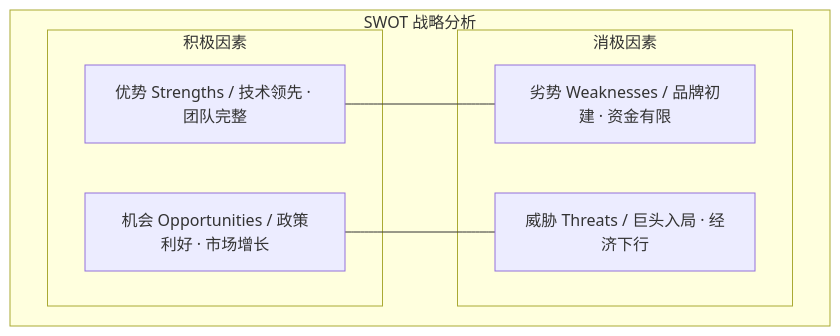
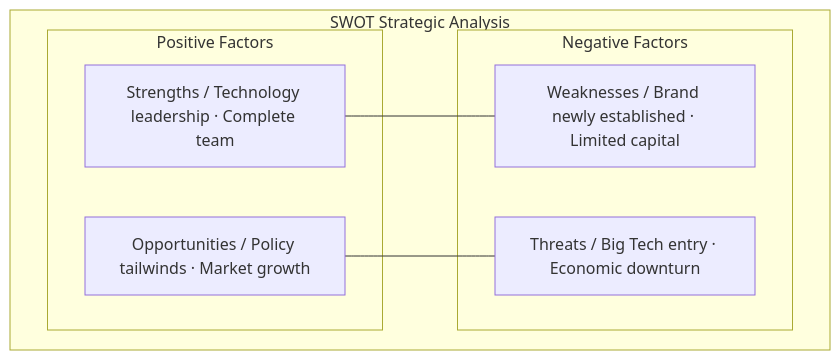
One commit to Kirky-X/cangjie changed the tenth of 10 diagrams in templates/【模板】商业计划书.md. Above: the diagram before and after it, drawn with Mermaid. The commit also changed other lines of this file and 12 other files, not shown here.

````diff
--- a/templates/【模板】商业计划书.md
+++ b/templates/【模板】商业计划书.md
@@ -388,15 +388,15 @@
 ```mermaid
 graph TB
-    subgraph swot[SWOT 战略分析]
-        subgraph positive[积极因素]
-            S[优势 Strengths / 技术领先 · 团队完整]
-            O[机会 Opportunities / 政策利好 · 市场增长]
+    subgraph swot[SWOT Strategic Analysis]
+        subgraph positive[Positive Factors]
+            S[Strengths / Technology leadership · Complete team]
+            O[Opportunities / Policy tailwinds · Market growth]
         end
-        subgraph negative[消极因素]
-            W[劣势 Weaknesses / 品牌初建 · 资金有限]
-            T[威胁 Threats / 巨头入局 · 经济下行]
+        subgraph negative[Negative Factors]
+            W[Weaknesses / Brand newly established · Limited capital]
+            T[Threats / Big Tech entry · Economic downturn]
         end
         S --- W
         O --- T
     end
 ```
````
